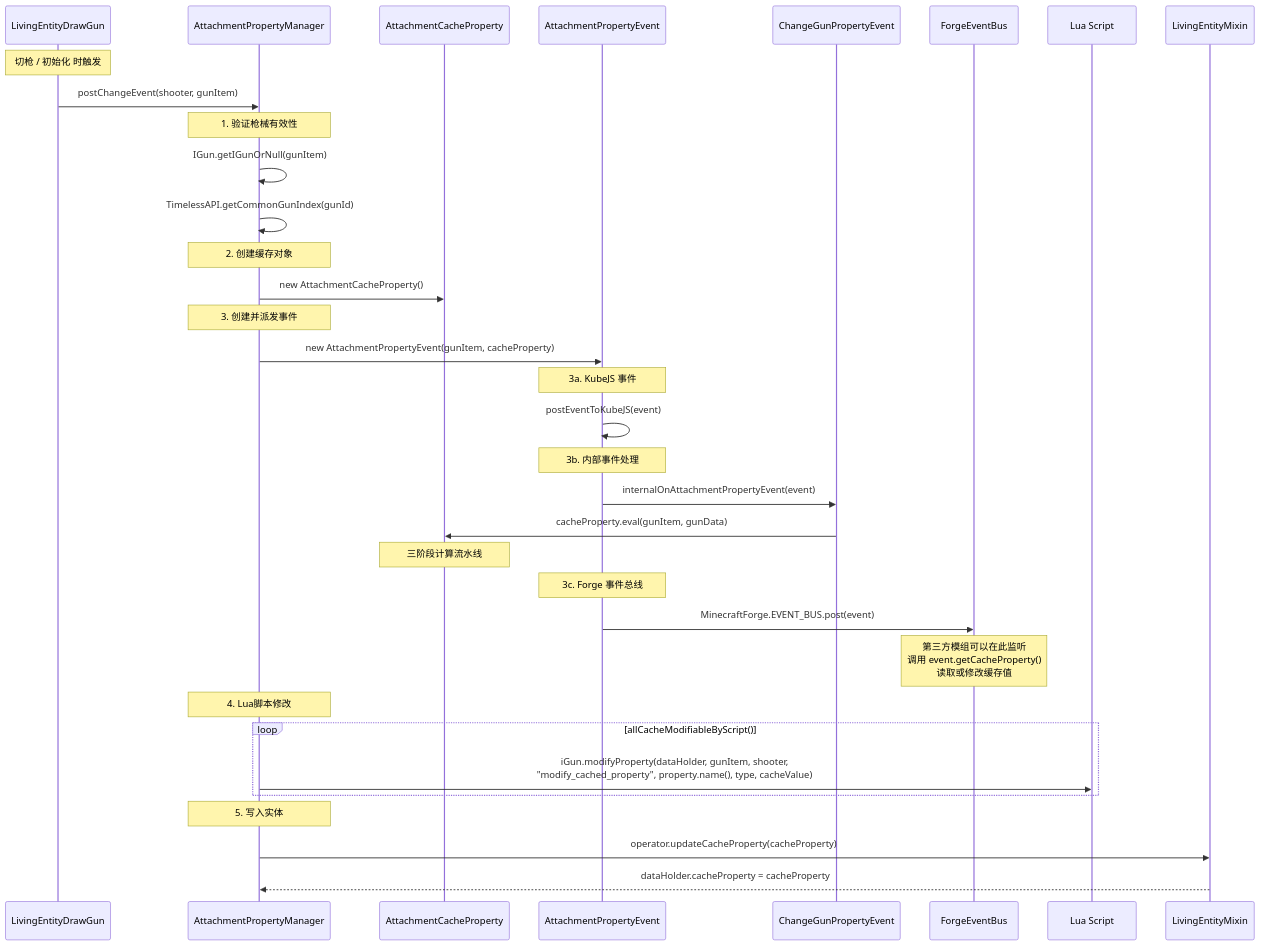
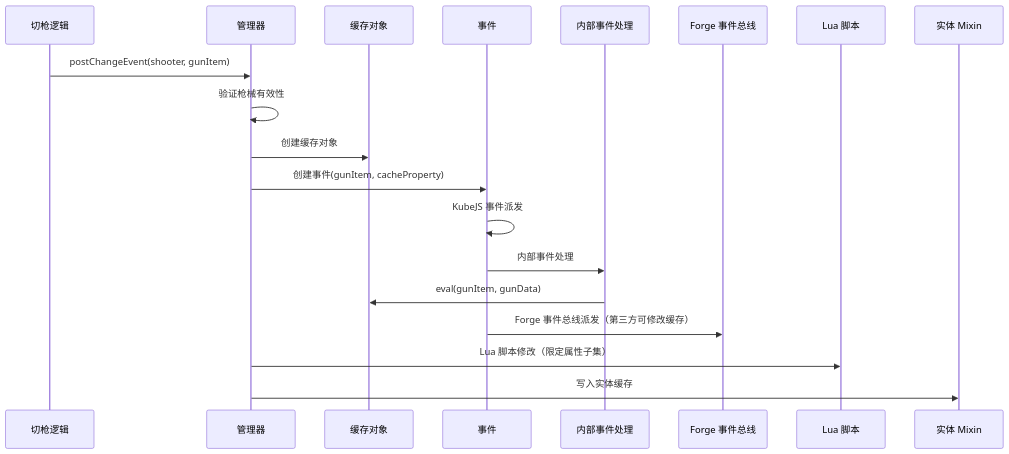
One commit to XColorful/Custom-Gun-Continued changed the diagram in docs-tacz/architecture/resource/modifier/manager-and-event.md. Above: the diagram before and after it, drawn with Mermaid. The commit also changed other lines of this file and 11 other files, not shown here.

````diff
--- a/docs-tacz/architecture/resource/modifier/manager-and-event.md
+++ b/docs-tacz/architecture/resource/modifier/manager-and-event.md
@@ -42,45 +15,22 @@
 ```mermaid
 sequenceDiagram
-    participant Draw as LivingEntityDrawGun
-    participant APM as AttachmentPropertyManager
-    participant ACP as AttachmentCacheProperty
-    participant APE as AttachmentPropertyEvent
-    participant CGP as ChangeGunPropertyEvent
-    participant FB as ForgeEventBus
-    participant SCRIPT as Lua Script
-    participant Mixin as LivingEntityMixin
+    participant Draw as 切枪逻辑
+    participant APM as 管理器
+    participant ACP as 缓存对象
+    participant APE as 事件
+    participant CGP as 内部事件处理
+    participant FB as Forge 事件总线
+    participant Script as Lua 脚本
+    participant Mixin as 实体 Mixin
 
-    Note over Draw: 切枪 / 初始化 时触发
     Draw->>APM: postChangeEvent(shooter, gunItem)
-
-    Note over APM: 1. 验证枪械有效性
-    APM->>APM: IGun.getIGunOrNull(gunItem)
-    APM->>APM: TimelessAPI.getCommonGunIndex(gunId)
-
-    Note over APM: 2. 创建缓存对象
-    APM->>ACP: new AttachmentCacheProperty()
-
-    Note over APM: 3. 创建并派发事件
-    APM->>APE: new AttachmentPropertyEvent(gunItem, cacheProperty)
-
-    Note over APE: 3a. KubeJS 事件
-    APE->>APE: postEventToKubeJS(event)
-
-    Note over APE: 3b. 内部事件处理
-    APE->>CGP: internalOnAttachmentPropertyEvent(event)
-    CGP->>ACP: cacheProperty.eval(gunItem, gunData)
-    Note over ACP: 三阶段计算流水线
-
-    Note over APE: 3c. Forge 事件总线
-    APE->>FB: MinecraftForge.EVENT_BUS.post(event)
-    Note over FB: 第三方模组可以在此监听<br/>调用 event.getCacheProperty()<br/>读取或修改缓存值
-
-    Note over APM: 4. Lua脚本修改
-    loop allCacheModifiableByScript()
-        APM->>SCRIPT: iGun.modifyProperty(dataHolder, gunItem, shooter,<br/>"modify_cached_property", property.name(), type, cacheValue)
-    end
-
-    Note over APM: 5. 写入实体
-    APM->>Mixin: operator.updateCacheProperty(cacheProperty)
-    Mixin-->>APM: dataHolder.cacheProperty = cacheProperty
+    APM->>APM: 验证枪械有效性
+    APM->>ACP: 创建缓存对象
+    APM->>APE: 创建事件(gunItem, cacheProperty)
+    APE->>APE: KubeJS 事件派发
+    APE->>CGP: 内部事件处理
+    CGP->>ACP: eval(gunItem, gunData)
+    APE->>FB: Forge 事件总线派发（第三方可修改缓存）
+    APM->>Script: Lua 脚本修改（限定属性子集）
+    APM->>Mixin: 写入实体缓存
 ```
````
